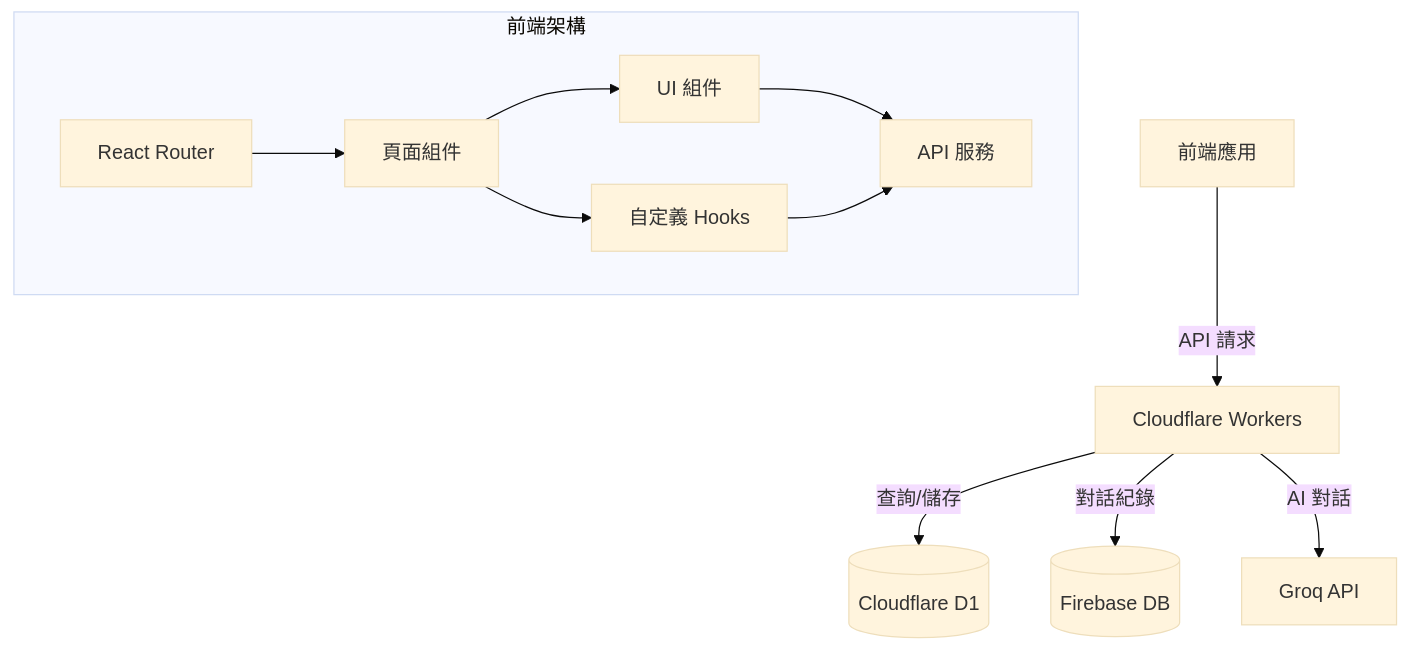
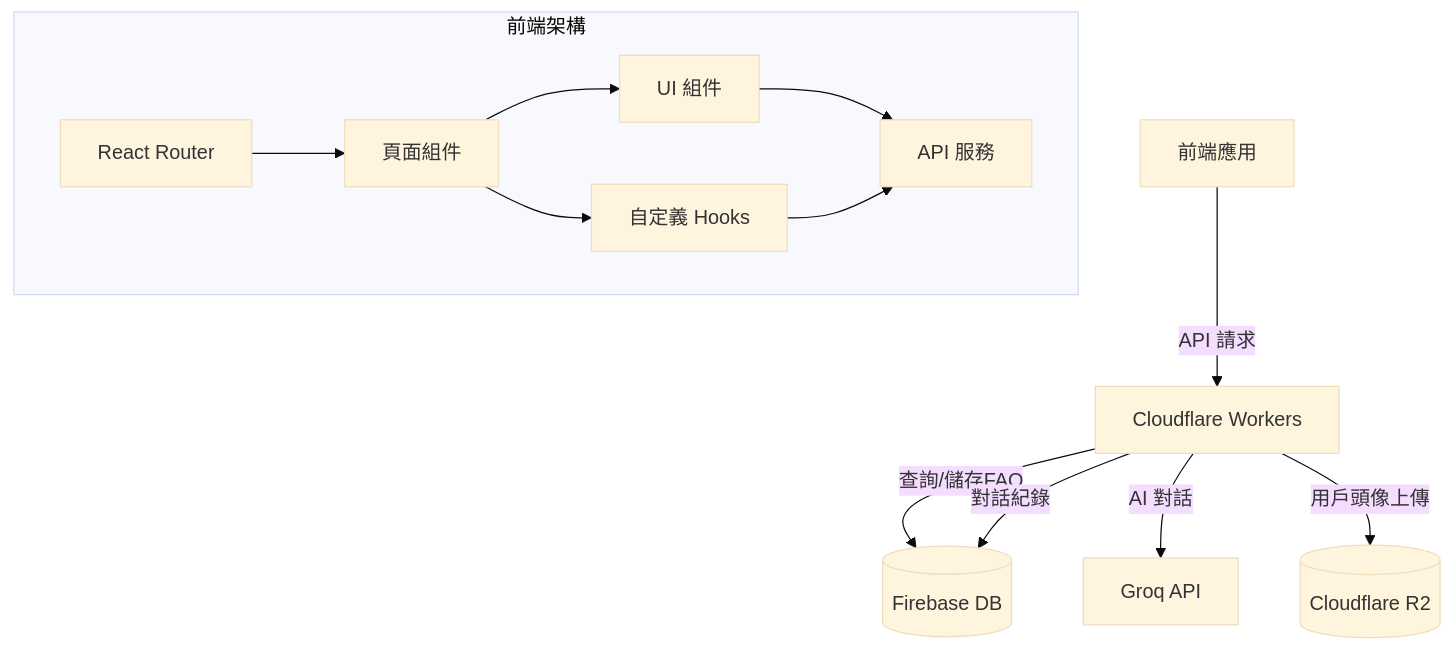
One commit to roy4222/EchoMind changed the first of 4 diagrams in README.md. Above: the diagram before and after it, drawn with Mermaid (base theme). The commit also changed other lines of this file, not shown here.

Commit message:
Update README to Reflect Database and Storage Changes
- Change database reference from Cloudflare D1 to Firebase Realtime Database for FAQ data
- Update system architecture diagram to show Firebase as the FAQ storage solution
- Add Cloudflare R2 as the storage space for user avatars

````diff
--- a/README.md
+++ b/README.md
@@ -34,15 +35,16 @@
 ```mermaid
 graph TD
     Client[前端應用] --> |API 請求| Workers[Cloudflare Workers]
-    Workers --> |查詢/儲存| D1[(Cloudflare D1)]
+    Workers --> |查詢/儲存FAQ| Firebase[(Firebase DB)]
     Workers --> |對話紀錄| Firebase[(Firebase DB)]
     Workers --> |AI 對話| Groq[Groq API]
+    Workers --> |用戶頭像上傳| Cloudflare[(Cloudflare R2)]
     
     subgraph Frontend[前端架構]
         Router[React Router] --> Pages[頁面組件]
         Pages --> Components[UI 組件]
         Pages --> Hooks[自定義 Hooks]
         Components --> Services[API 服務]
         Hooks --> Services
     end
 ```
````
